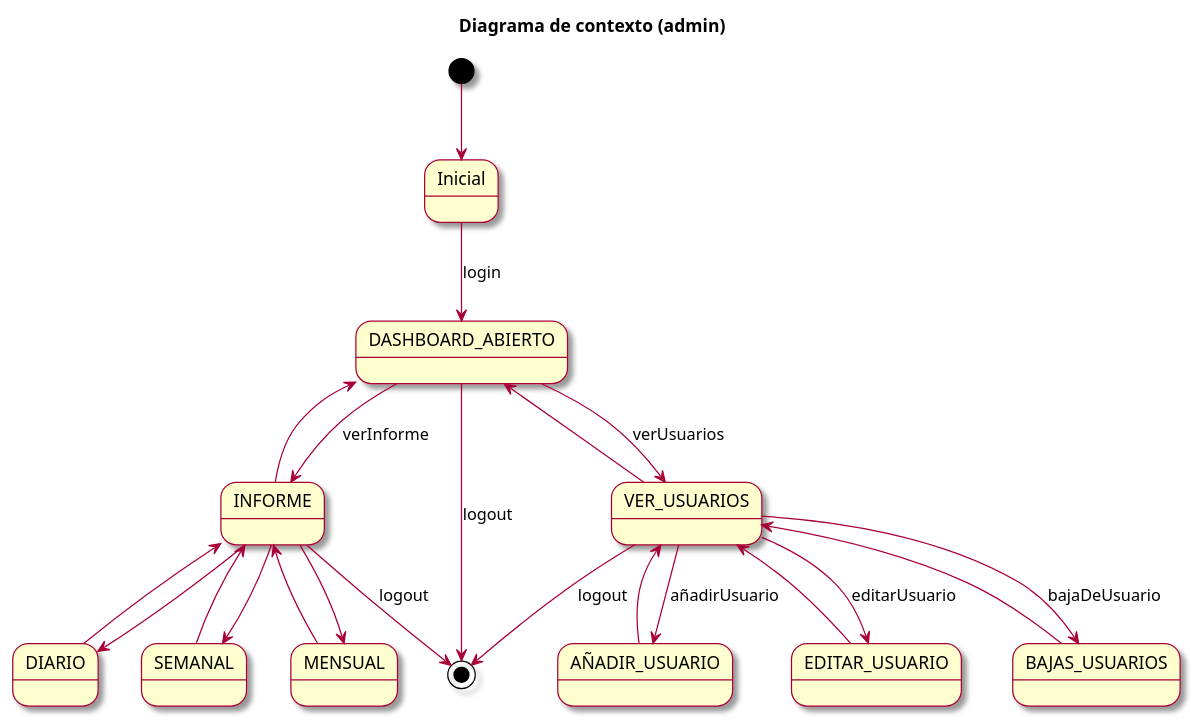
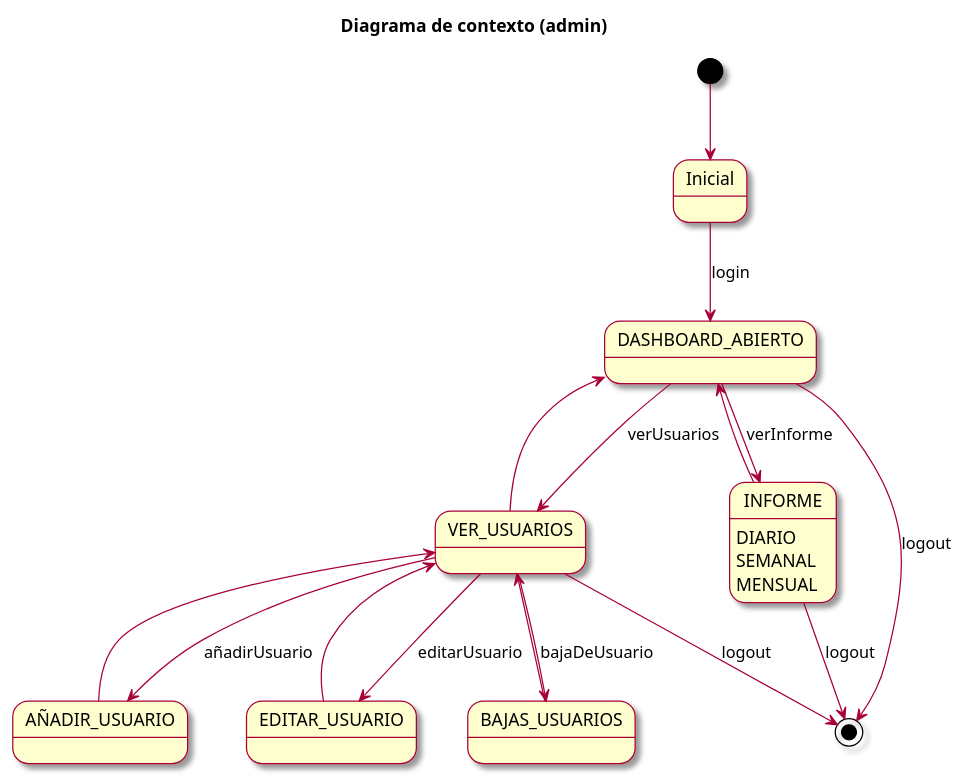
One commit to mmasias/23-24-IdSw1-SDR changed the diagram in modelosUML/casosDeUso/diagramaContexto(admin).puml. Above: the diagram before and after it, drawn with PlantUML. The commit also changed 4 other files, not shown here.

Commit message:
diagramas de contexto actualizados

```diff
--- a/modelosUML/casosDeUso/diagramaContexto(admin).puml
+++ b/modelosUML/casosDeUso/diagramaContexto(admin).puml
@@ -1,38 +1,34 @@
 @startuml Diagrama Contexto (administrador)
 
 skin rose
 title Diagrama de contexto (admin)
 
 [*] -->  Inicial
 
 Inicial -d-> DASHBOARD_ABIERTO : login
 
 DASHBOARD_ABIERTO --> VER_USUARIOS : verUsuarios
 DASHBOARD_ABIERTO <-- VER_USUARIOS
 
 VER_USUARIOS <-- AÑADIR_USUARIO
 VER_USUARIOS <-- EDITAR_USUARIO
 VER_USUARIOS <-- BAJAS_USUARIOS
 
 VER_USUARIOS --> AÑADIR_USUARIO : añadirUsuario
 VER_USUARIOS --> EDITAR_USUARIO : editarUsuario 
 VER_USUARIOS --> BAJAS_USUARIOS : bajaDeUsuario
 
 DASHBOARD_ABIERTO --> INFORME : verInforme
 DASHBOARD_ABIERTO <-- INFORME
 
-INFORME --> DIARIO
-INFORME --> SEMANAL
-INFORME --> MENSUAL
-
-INFORME <-- DIARIO
-INFORME <-- SEMANAL
-INFORME <-- MENSUAL
+INFORME : DIARIO
+INFORME : SEMANAL
+INFORME : MENSUAL
 
 
 DASHBOARD_ABIERTO --> [*] : logout
 VER_USUARIOS --> [*] : logout
 INFORME --> [*] : logout
 
 
 @enduml
```
